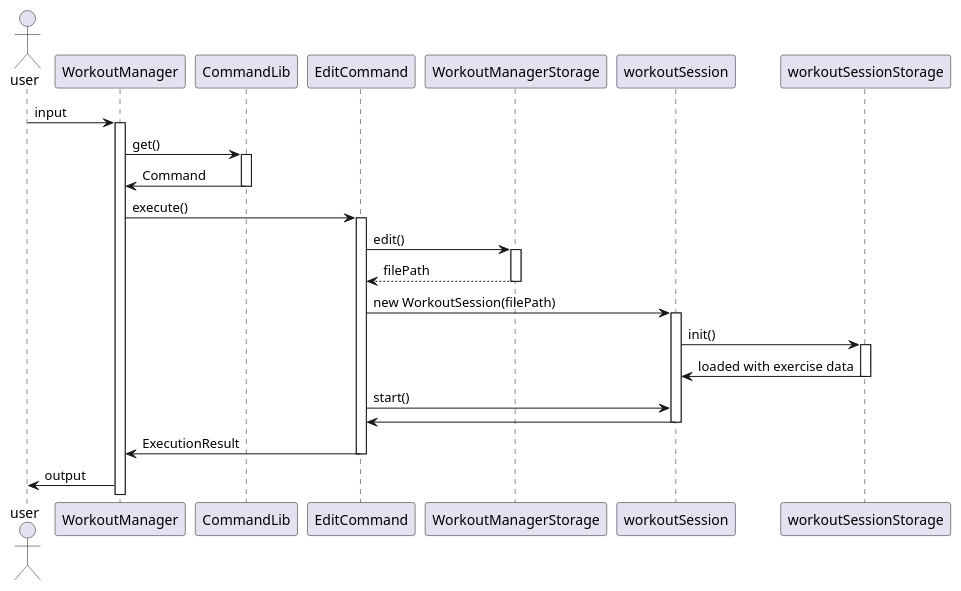
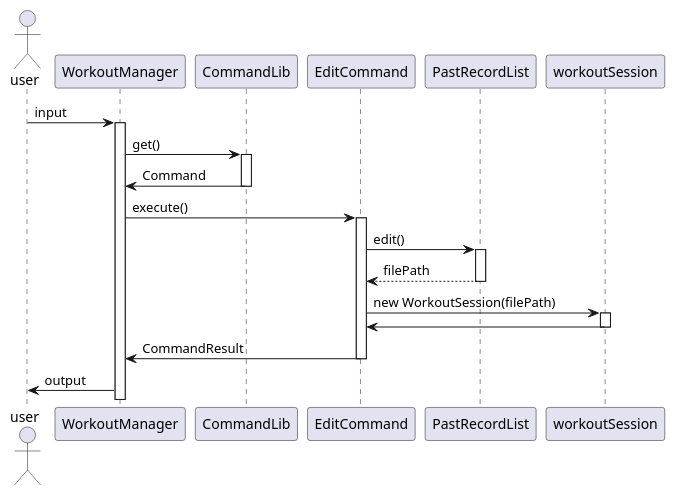
The diagram in docs/pictures/zesong/EditWS.puml (zsk612/tp), drawn with PlantUML before and after one commit. The commit also changed 6 other files, not shown here.

```diff
--- a/docs/pictures/zesong/EditWS.puml
+++ b/docs/pictures/zesong/EditWS.puml
@@ -1,35 +1,30 @@
 @startuml
 actor user
 user -> WorkoutManager : input
 activate WorkoutManager
 
 WorkoutManager -> CommandLib : get()
 activate CommandLib
 CommandLib -> WorkoutManager : Command
 deactivate CommandLib
 
 WorkoutManager -> EditCommand : execute()
 activate EditCommand
 
-EditCommand -> WorkoutManagerStorage : edit()
-activate WorkoutManagerStorage
-WorkoutManagerStorage --> EditCommand : filePath
-deactivate WorkoutManagerStorage
+EditCommand -> PastRecordList : edit()
+activate PastRecordList
+PastRecordList --> EditCommand : filePath
+deactivate PastRecordList
 
 EditCommand -> workoutSession : new WorkoutSession(filePath)
 activate workoutSession
-workoutSession -> workoutSessionStorage: init()
-activate workoutSessionStorage
-workoutSessionStorage -> workoutSession: loaded with exercise data
-deactivate workoutSessionStorage
 
-EditCommand -> workoutSession : start()
 workoutSession -> EditCommand
 deactivate workoutSession
 
-EditCommand -> WorkoutManager : ExecutionResult
+EditCommand -> WorkoutManager : CommandResult
 deactivate EditCommand
 
 WorkoutManager ->  user : output
 
 @enduml
```
